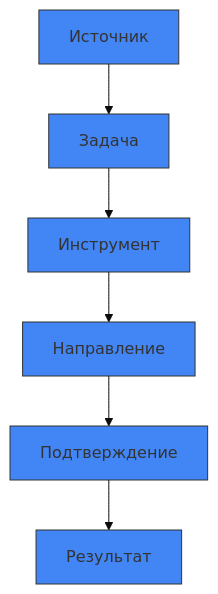
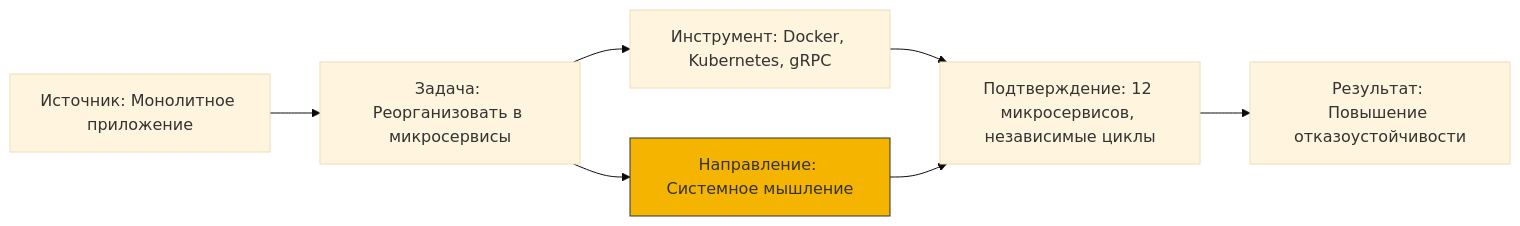
The fourth of 6 diagrams in docs/visualization/interactive.md (Control39/portfolio-system-architect), drawn with Mermaid (base theme) before and after one commit. The commit also changed other lines of this file, not shown here.

Commit message:
feat(reasoning): Implement interactive Mermaid.js visualization with filtering

````diff
--- a/docs/visualization/interactive.md
+++ b/docs/visualization/interactive.md
@@ -18,17 +67,10 @@
 ```mermaid
-graph TD
-    classDef analytics fill:#4285F4,stroke:#333;
-    classDef devops fill:#FBBC05,stroke:#333;
-    classDef mlops fill:#34A853,stroke:#333;
-    classDef documentation fill:#A142F4,stroke:#333;
-    classDef ai fill:#EA4335,stroke:#333;
-    classDef systems fill:#F4B400,stroke:#333;
-    
-    A[Источник] --> B[Задача]
-    B --> C[Инструмент]
-    C --> D[Направление]
-    D --> E[Подтверждение]
-    E --> F[Результат]
-    
-    class A,B,C,D,E,F analytics;
+graph LR
+    A[Источник: Монолитное приложение] --> B[Задача: Реорганизовать в микросервисы]
+    B --> C[Инструмент: Docker, Kubernetes, gRPC]
+    B --> D[Направление: Системное мышление]
+    C --> E[Подтверждение: 12 микросервисов, независимые циклы]
+    D --> E
+    E --> F[Результат: Повышение отказоустойчивости]
+    style D fill:#F4B400,stroke:#333
 ```
````
